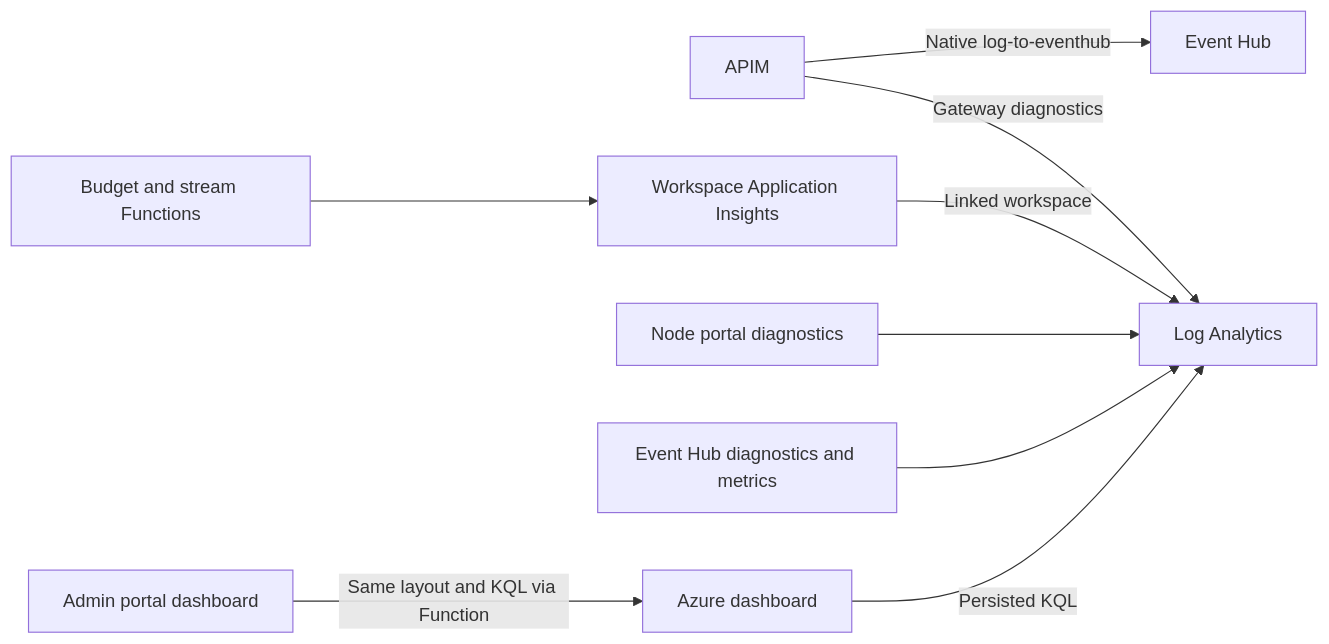
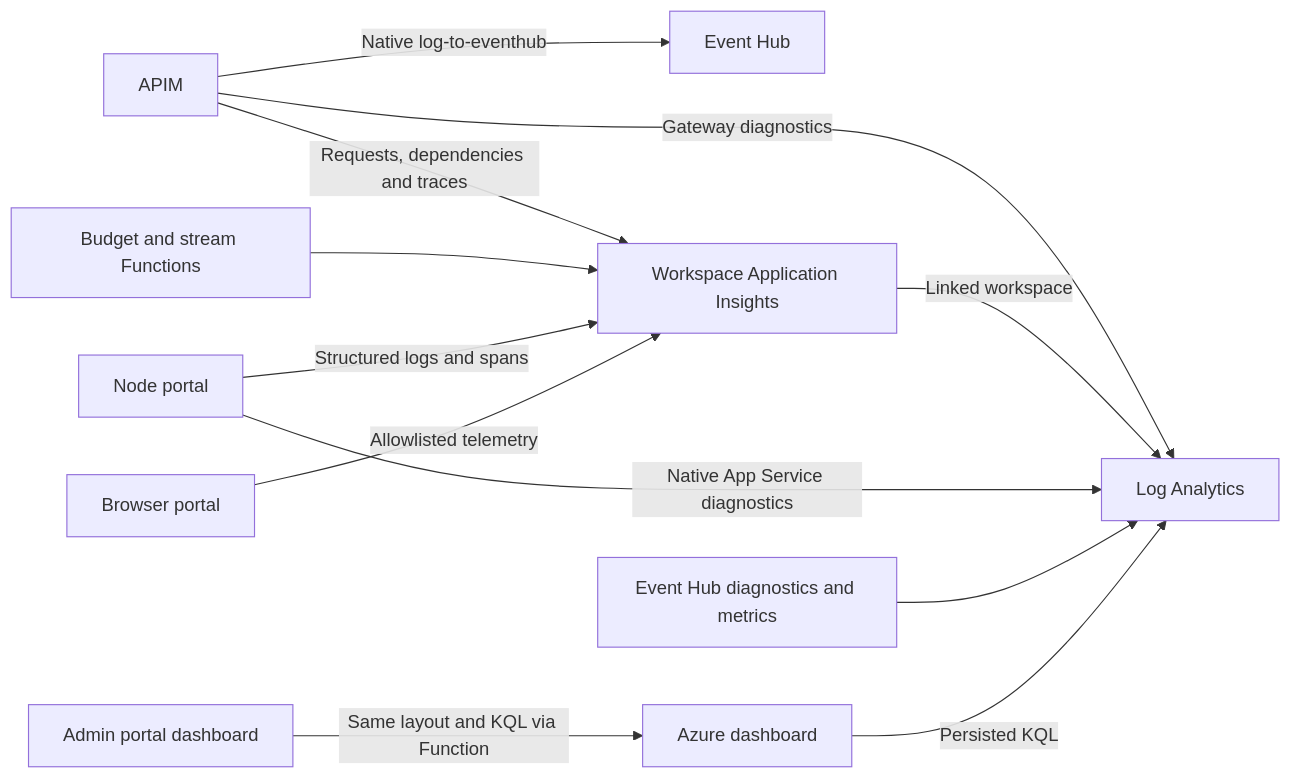
The diagram in docs/observability.md (jordanbean-msft/apim-rate-limit-foundry), drawn with Mermaid before and after one commit. The commit also changed other lines of this file and 19 other files, not shown here.

````diff
--- a/docs/observability.md
+++ b/docs/observability.md
@@ -8,11 +10,14 @@
 ```mermaid
 flowchart LR
     A[APIM] -->|Native log-to-eventhub| E[Event Hub]
     A -->|Gateway diagnostics| W[Log Analytics]
+    A -->|Requests, dependencies and traces| I[Workspace Application Insights]
     F[Budget and stream Functions] --> I[Workspace Application Insights]
     I -->|Linked workspace| W
-    N[Node portal diagnostics] --> W
+    N[Node portal] -->|Structured logs and spans| I
+    B[Browser portal] -->|Allowlisted telemetry| I
+    N -->|Native App Service diagnostics| W
     H[Event Hub diagnostics and metrics] --> W
     D[Azure dashboard] -->|Persisted KQL| W
     P[Admin portal dashboard] -->|Same layout and KQL via Function| D
 ```
````
